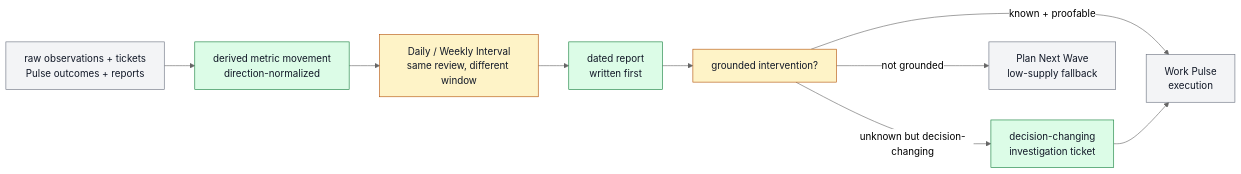
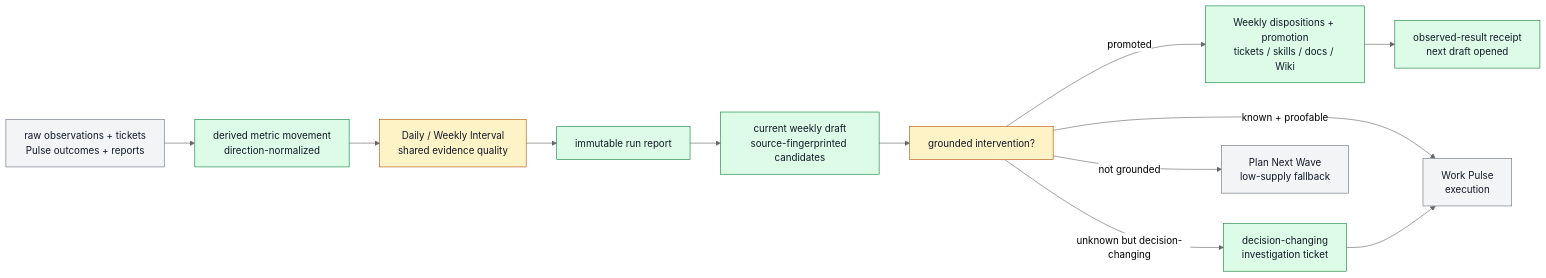
One commit to ZanarkandTechnologies/Farplane changed the diagram in docs/features/FEAT-0067-daily-interval-review-reports.md. Above: the diagram before and after it, drawn with Mermaid (neutral theme). The commit also changed other lines of this file and 30 other files, not shown here.

Commit message:
feat(interval): stage daily knowledge for weekly promotion

````diff
--- a/docs/features/FEAT-0067-daily-interval-review-reports.md
+++ b/docs/features/FEAT-0067-daily-interval-review-reports.md
@@ -136,21 +153,25 @@
 ```mermaid
 flowchart LR
   classDef keep fill:#f3f4f6,stroke:#6b7280,color:#111827
   classDef changed fill:#fef3c7,stroke:#b45309,color:#111827
   classDef added fill:#dcfce7,stroke:#15803d,color:#111827
   classDef retired fill:#fee2e2,stroke:#b91c1c,color:#7f1d1d,stroke-dasharray: 5 3
 
   evidence["raw observations + tickets<br/>Pulse outcomes + reports"]:::keep
   movement["derived metric movement<br/>direction-normalized"]:::added
-  interval["Daily / Weekly Interval<br/>same review, different window"]:::changed
-  report["dated report<br/>written first"]:::added
+  interval["Daily / Weekly Interval<br/>shared evidence quality"]:::changed
+  report["immutable run report"]:::added
+  draft["current weekly draft<br/>source-fingerprinted candidates"]:::added
+  promote["Weekly dispositions + promotion<br/>tickets / skills / docs / Wiki"]:::added
+  receipt["observed-result receipt<br/>next draft opened"]:::added
   decision["grounded intervention?"]:::changed
   investigation["decision-changing<br/>investigation ticket"]:::added
   pulse["Work Pulse<br/>execution"]:::keep
   refill["Plan Next Wave<br/>low-supply fallback"]:::keep
 
-  evidence --> movement --> interval --> report --> decision
+  evidence --> movement --> interval --> report --> draft --> decision
+  decision -->|"promoted"| promote --> receipt
   decision -->|"known + proofable"| pulse
   decision -->|"unknown but decision-changing"| investigation --> pulse
   decision -->|"not grounded"| refill
 ```
````
